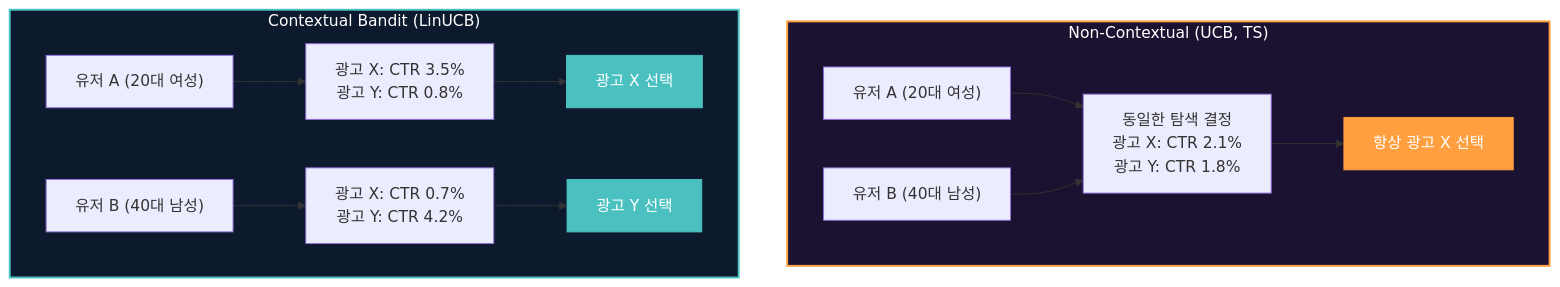
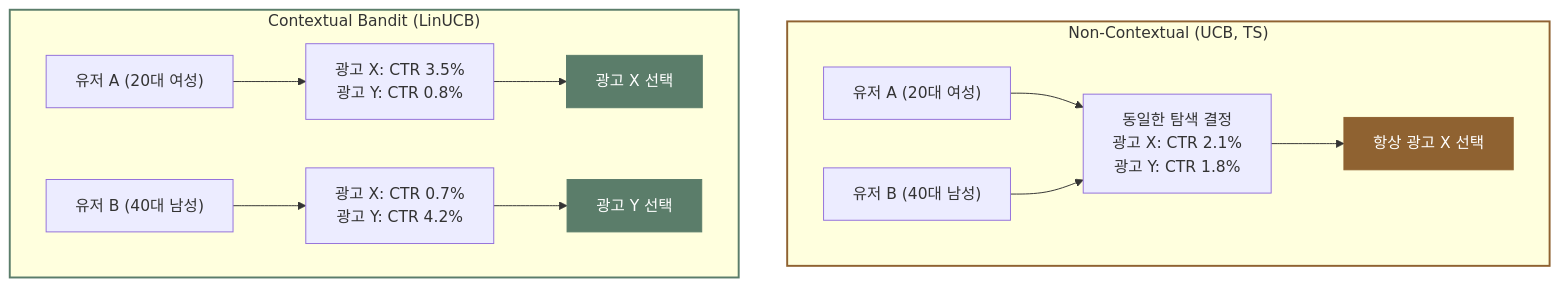
One commit to chkimsu/adtech-blog changed the first of 5 diagrams in posts/exploration-exploitation.md. Above: the diagram before and after it, drawn with Mermaid. The commit also changed other lines of this file and 40 other files, not shown here.

````diff
--- a/posts/exploration-exploitation.md
+++ b/posts/exploration-exploitation.md
@@ -149,21 +149,21 @@
 ```mermaid
 graph TB
     subgraph NonContextual["Non-Contextual (UCB, TS)"]
         NC_USER1["유저 A (20대 여성)"] --> NC_DECIDE["동일한 탐색 결정<br/>광고 X: CTR 2.1%<br/>광고 Y: CTR 1.8%"]
         NC_USER2["유저 B (40대 남성)"] --> NC_DECIDE
         NC_DECIDE --> NC_RESULT["항상 광고 X 선택"]
     end
 
     subgraph Contextual["Contextual Bandit (LinUCB)"]
         C_USER1["유저 A (20대 여성)"] --> C_DECIDE1["광고 X: CTR 3.5%<br/>광고 Y: CTR 0.8%"]
         C_USER2["유저 B (40대 남성)"] --> C_DECIDE2["광고 X: CTR 0.7%<br/>광고 Y: CTR 4.2%"]
         C_DECIDE1 --> C_RESULT1["광고 X 선택"]
         C_DECIDE2 --> C_RESULT2["광고 Y 선택"]
     end
 
-    style NonContextual fill:#1a1230,stroke:#ff9f40,stroke-width:2px,color:#fff
-    style Contextual fill:#0d1a2d,stroke:#4bc0c0,stroke-width:2px,color:#fff
-    style NC_RESULT fill:#ff9f40,stroke:#ff9f40,color:#fff
-    style C_RESULT1 fill:#4bc0c0,stroke:#4bc0c0,color:#fff
-    style C_RESULT2 fill:#4bc0c0,stroke:#4bc0c0,color:#fff
+    style NonContextual stroke:#8f6231,stroke-width:2px
+    style Contextual stroke:#5b7d6a,stroke-width:2px
+    style NC_RESULT fill:#8f6231,stroke:#8f6231,color:#fff
+    style C_RESULT1 fill:#5b7d6a,stroke:#5b7d6a,color:#fff
+    style C_RESULT2 fill:#5b7d6a,stroke:#5b7d6a,color:#fff
 ```
````
